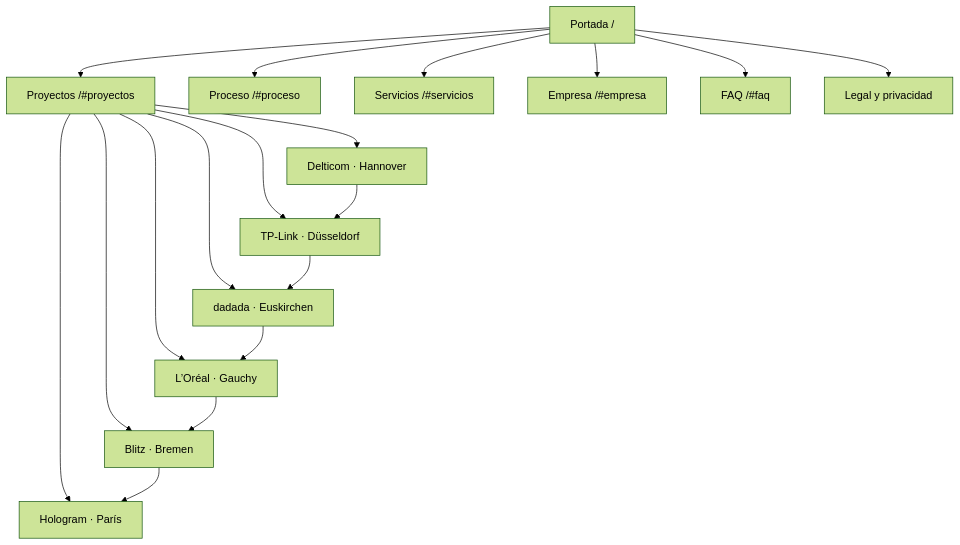
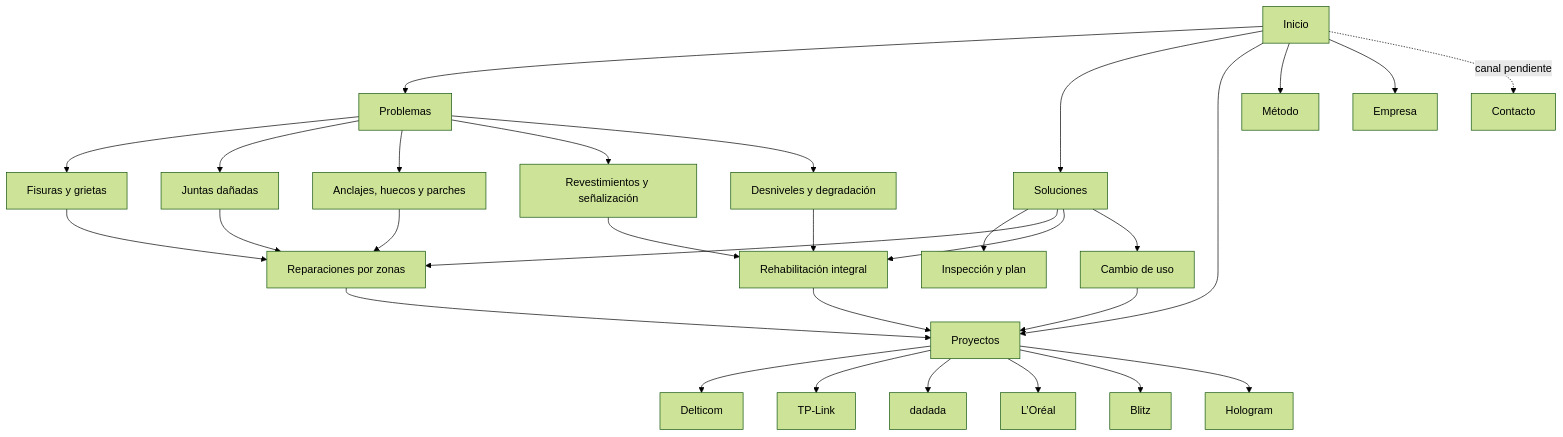
The diagram in SITE_ARCHITECTURE.md (git5285/obraxen), drawn with Mermaid (forest theme) before and after one commit. The commit also changed other lines of this file and 8 other files, not shown here.

````diff
--- a/SITE_ARCHITECTURE.md
+++ b/SITE_ARCHITECTURE.md
@@ -27,20 +75,36 @@
 ```mermaid
 graph TD
-    HOME["Portada /"] --> HUB["Proyectos /#proyectos"]
-    HOME --> PROCESS["Proceso /#proceso"]
-    HOME --> SERVICES["Servicios /#servicios"]
-    HOME --> COMPANY["Empresa /#empresa"]
-    HOME --> FAQ["FAQ /#faq"]
-    HUB --> P1["Delticom · Hannover"]
-    HUB --> P2["TP-Link · Düsseldorf"]
-    HUB --> P3["dadada · Euskirchen"]
-    HUB --> P4["L’Oréal · Gauchy"]
-    HUB --> P5["Blitz · Bremen"]
-    HUB --> P6["Hologram · París"]
-    P1 --> P2
-    P2 --> P3
-    P3 --> P4
-    P4 --> P5
-    P5 --> P6
-    HOME --> LEGAL["Legal y privacidad"]
+    HOME["Inicio"] --> PROBLEMS["Problemas"]
+    HOME --> SOLUTIONS["Soluciones"]
+    HOME --> PROJECTS["Proyectos"]
+    HOME --> METHOD["Método"]
+    HOME --> COMPANY["Empresa"]
+    HOME -. canal pendiente .-> CONTACT["Contacto"]
+
+    PROBLEMS --> P1["Fisuras y grietas"]
+    PROBLEMS --> P2["Juntas dañadas"]
+    PROBLEMS --> P3["Anclajes, huecos y parches"]
+    PROBLEMS --> P4["Revestimientos y señalización"]
+    PROBLEMS --> P5["Desniveles y degradación"]
+
+    SOLUTIONS --> S1["Inspección y plan"]
+    SOLUTIONS --> S2["Reparaciones por zonas"]
+    SOLUTIONS --> S3["Rehabilitación integral"]
+    SOLUTIONS --> S4["Cambio de uso"]
+
+    PROJECTS --> C1["Delticom"]
+    PROJECTS --> C2["TP-Link"]
+    PROJECTS --> C3["dadada"]
+    PROJECTS --> C4["L’Oréal"]
+    PROJECTS --> C5["Blitz"]
+    PROJECTS --> C6["Hologram"]
+
+    P1 --> S2
+    P2 --> S2
+    P3 --> S2
+    P4 --> S3
+    P5 --> S3
+    S2 --> PROJECTS
+    S3 --> PROJECTS
+    S4 --> PROJECTS
 ```
````
